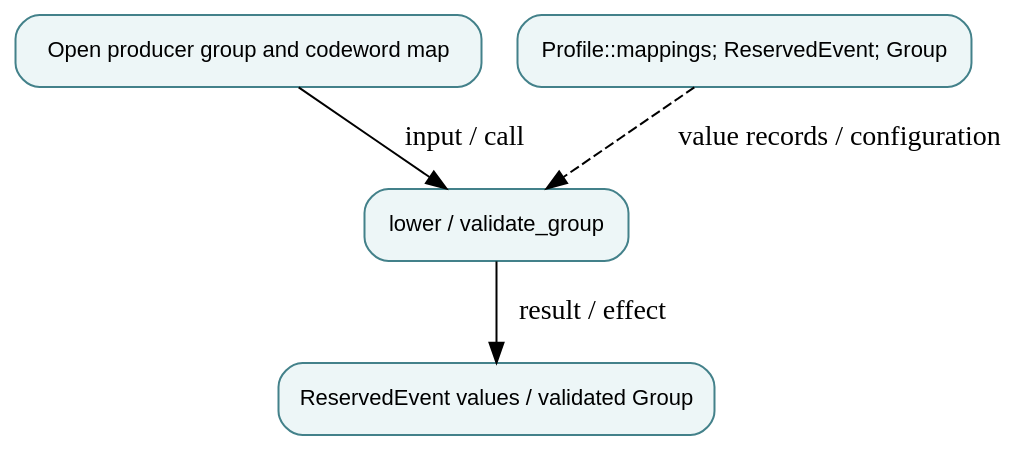
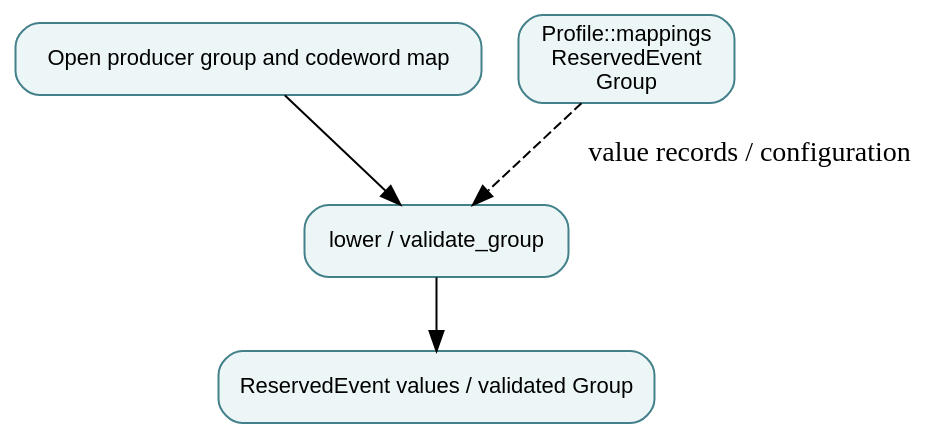
The diagram in docs/modules/operation-lowerer-and-device-distributor.md (qsbit-org/qsbit-sim), drawn with Graphviz before and after one commit. The commit also changed other lines of this file and 41 other files, not shown here.

````diff
--- a/docs/modules/operation-lowerer-and-device-distributor.md
+++ b/docs/modules/operation-lowerer-and-device-distributor.md
@@ -17,11 +15,11 @@
 ```{graphviz}
 digraph module {
   rankdir=TB; bgcolor="transparent";
   node [shape=box, style="rounded,filled", fillcolor="#edf6f7", color="#43818a", fontname="sans-serif", fontsize=11];
   input [label="Open producer group and codeword map"];
   owner [label="lower / validate_group"];
-  state [label="Profile::mappings; ReservedEvent; Group"];
+  state [label="Profile::mappings\nReservedEvent\nGroup"];
   output [label="ReservedEvent values / validated Group"];
-  input -> owner [label="input / call"]; owner -> output [label="result / effect"]; state -> owner [style=dashed, label="value records / configuration"];
+  input -> owner; owner -> output; state -> owner [style=dashed, label="value records / configuration"];
 }
 ```
````
